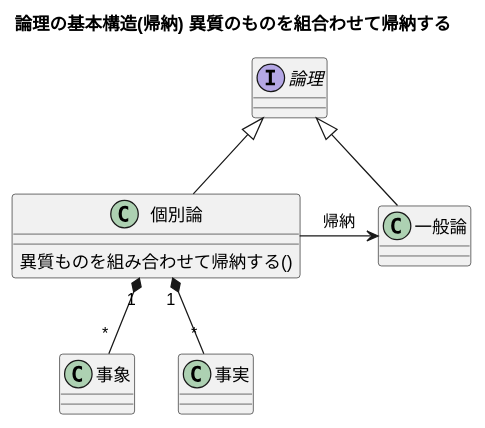
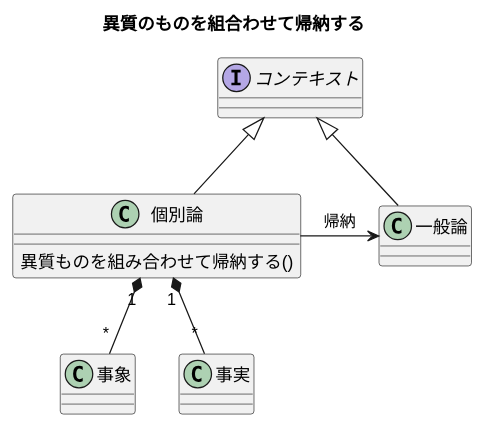
Before and after one commit to k2works/pragmatic-presentation-exercise-2024: diagram 12 of 19 in docs/slides/episode03.md, drawn with PlantUML. The commit also changed other lines of this file, not shown here.

````diff
--- a/docs/slides/episode03.md
+++ b/docs/slides/episode03.md
@@ -291,27 +409,27 @@
 ```plantuml
 @startuml
 
-title 論理の基本構造(帰納) 異質のものを組合わせて帰納する
+title 異質のものを組合わせて帰納する
 
-interface "論理" as A 
+interface "コンテキスト" as A 
 
 class "一般論" as B
 
 class "個別論" as C {
   異質ものを組み合わせて帰納する()
 }
 
 class "事象" as D
 
 class "事実" as E
 
 A <|-- B
 A <|-- C
 C -> B : 帰納
 
 C "1" *-- "*" D 
 
 C "1" *-- "*" E 
 
 @enduml
 ```
````
